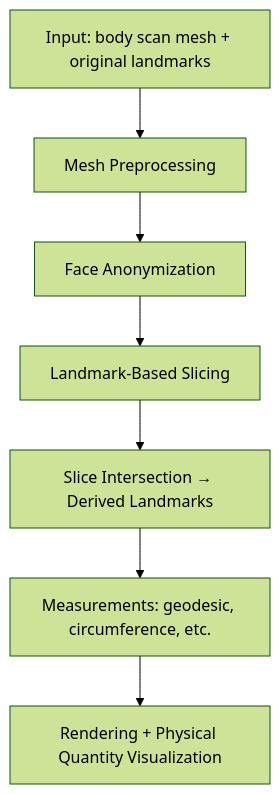
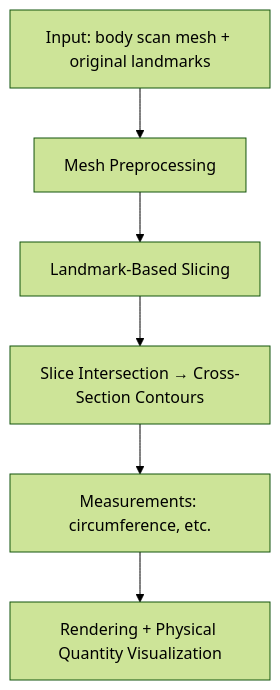
Before and after one commit to YingGwan/Body-Scan-Viewer: the second of 2 diagrams in wiki/002_Architecture/architecture.md, drawn with Mermaid (forest theme). The commit also changed other lines of this file and 69 other files, not shown here.

````diff
--- a/wiki/002_Architecture/architecture.md
+++ b/wiki/002_Architecture/architecture.md
@@ -19,9 +24,8 @@
 ```mermaid
 flowchart TD
   A[Input: body scan mesh + original landmarks] --> B[Mesh Preprocessing]
-  B --> B2[Face Anonymization]
-  B2 --> C[Landmark-Based Slicing]
-  C --> D[Slice Intersection → Derived Landmarks]
-  D --> E[Measurements: geodesic, circumference, etc.]
+  B --> C[Landmark-Based Slicing]
+  C --> D[Slice Intersection → Cross-Section Contours]
+  D --> E[Measurements: circumference, etc.]
   E --> F[Rendering + Physical Quantity Visualization]
 ```
````
